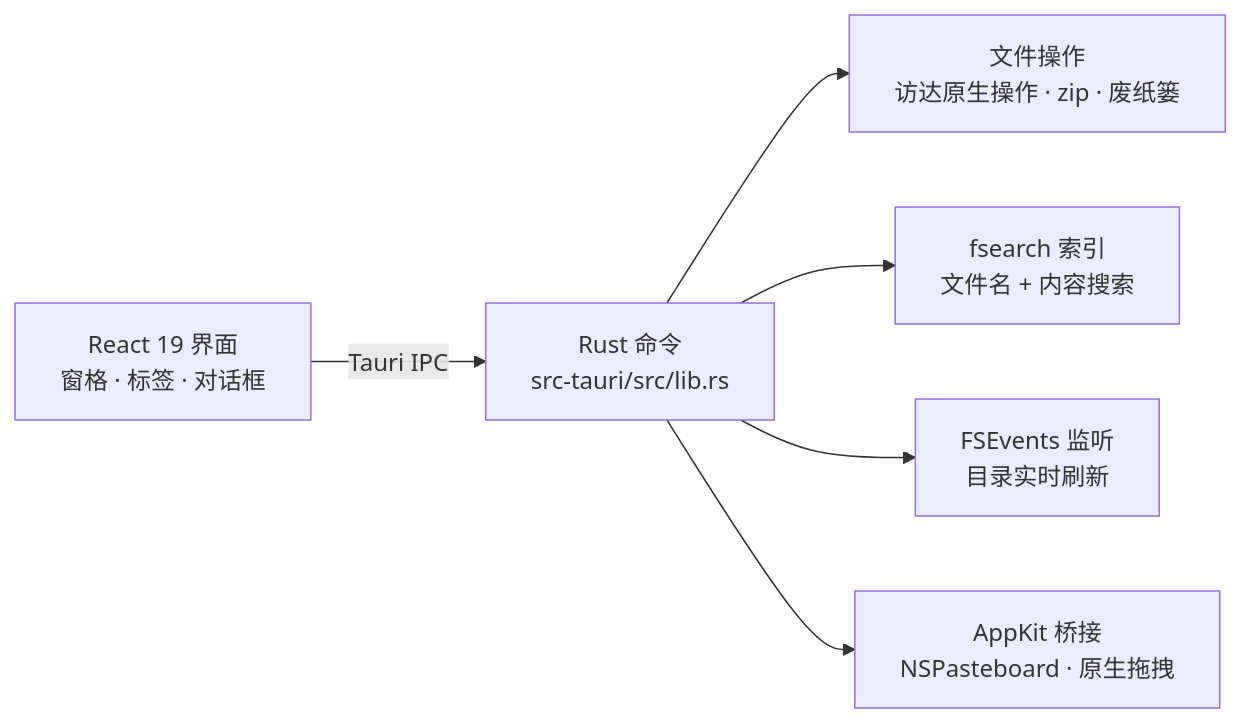
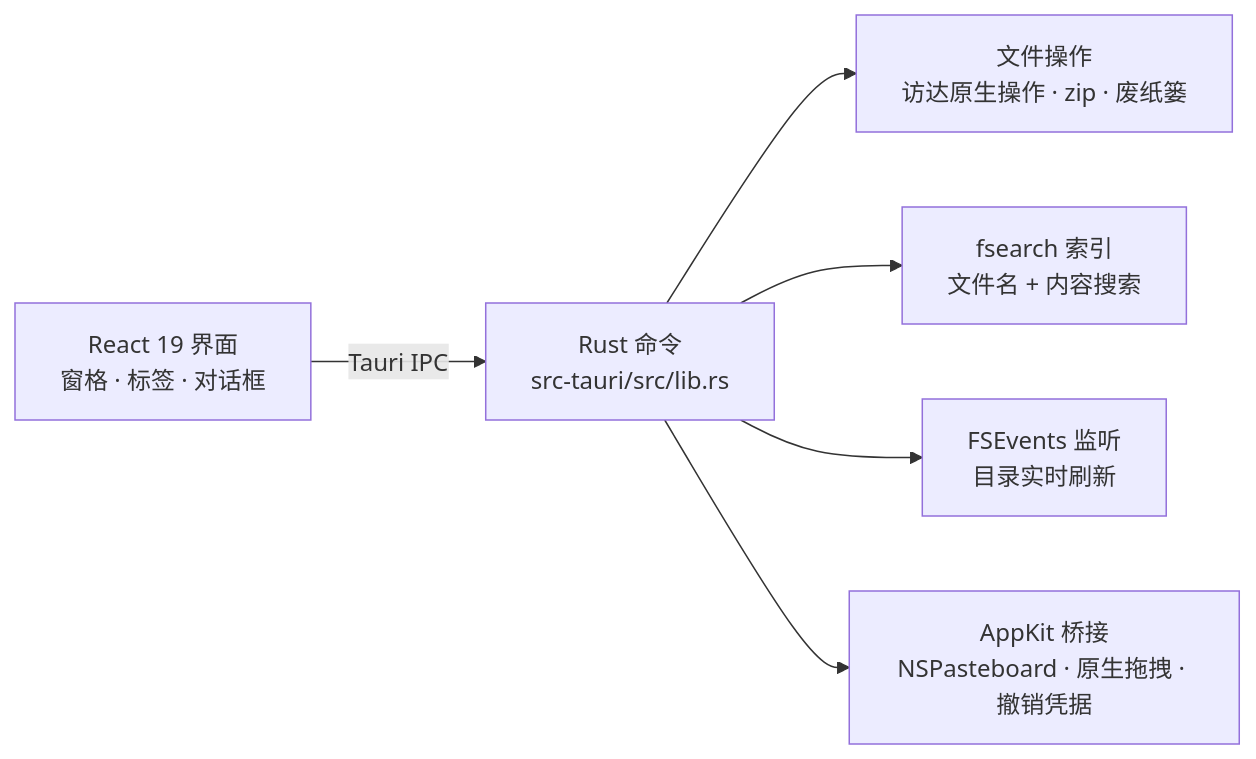
Before and after one commit to banduoba/bento: the diagram in README.zh-CN.md, drawn with Mermaid. The commit also changed other lines of this file and 92 other files, not shown here.

````diff
--- a/README.zh-CN.md
+++ b/README.zh-CN.md
@@ -138,8 +149,8 @@
 ```mermaid
 flowchart LR
     UI["React 19 界面<br/>窗格 · 标签 · 对话框"] -- "Tauri IPC" --> CMD["Rust 命令<br/>src-tauri/src/lib.rs"]
     CMD --> FS["文件操作<br/>访达原生操作 · zip · 废纸篓"]
     CMD --> IDX["fsearch 索引<br/>文件名 + 内容搜索"]
     CMD --> WATCH["FSEvents 监听<br/>目录实时刷新"]
-    CMD --> MAC["AppKit 桥接<br/>NSPasteboard · 原生拖拽"]
+    CMD --> MAC["AppKit 桥接<br/>NSPasteboard · 原生拖拽 · 撤销凭据"]
 ```
````
